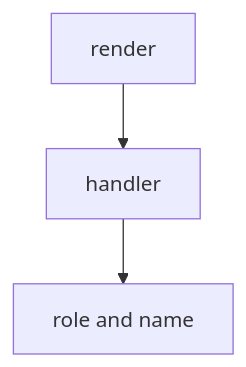
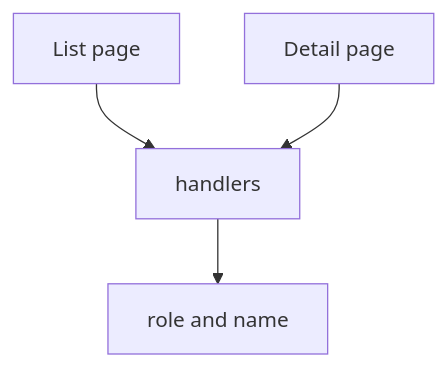
One commit to SuperPower-ai/StackOneRTM changed the diagram in textbook/month-14/week-03/day-06.md. Above: the diagram before and after it, drawn with Mermaid. The commit also changed other lines of this file and 239 other files, not shown here.

````diff
--- a/textbook/month-14/week-03/day-06.md
+++ b/textbook/month-14/week-03/day-06.md
@@ -19,5 +29,6 @@
 ```mermaid
 flowchart TB
-  RTL[render] --> MSW[handler]
-  MSW --> UI[role and name]
+  LIST[List page] --> MSW[handlers]
+  DET[Detail page] --> MSW
+  MSW --> RTL[role and name]
 ```
````
